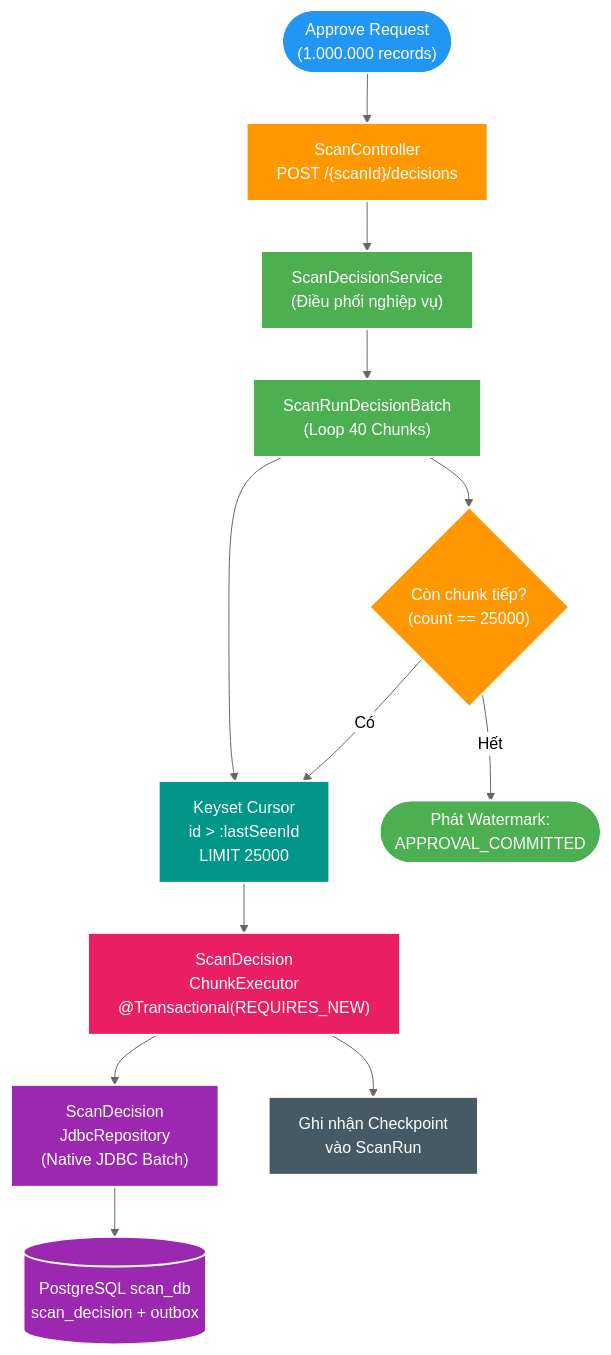
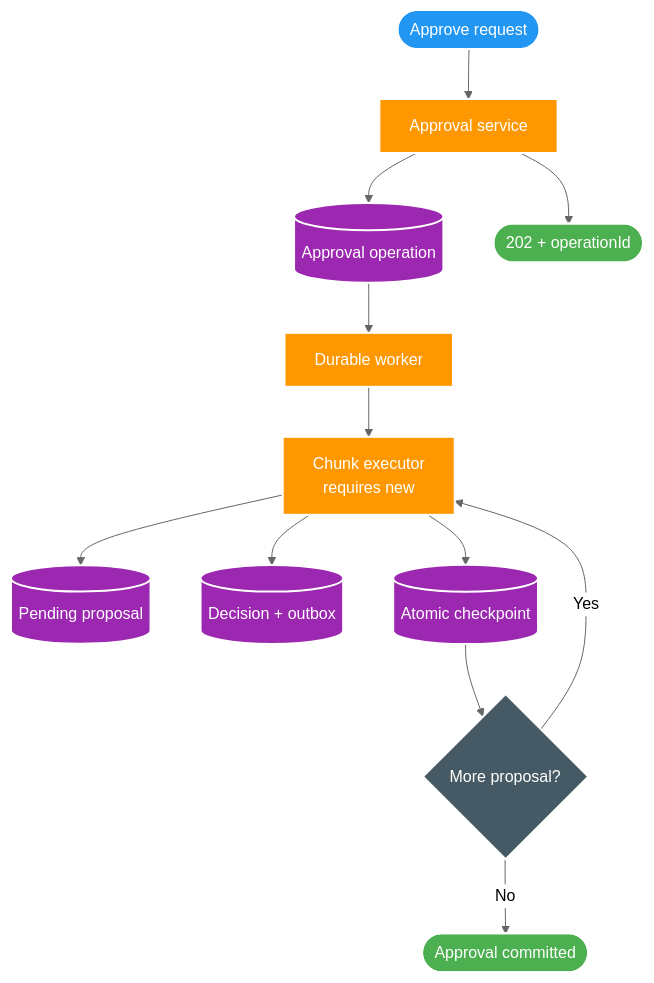
One commit to HungPhan200591/file-mngt-be-v2 changed the diagram in docs/features/045-scan-decision-chunking/02-design.md. Above: the diagram before and after it, drawn with Mermaid (neutral theme). The commit also changed other lines of this file and 2 other files, not shown here.

Commit message:
feat(scan): implement durable scan approval and decision chunking with JDBC batching

````diff
--- a/docs/features/045-scan-decision-chunking/02-design.md
+++ b/docs/features/045-scan-decision-chunking/02-design.md
@@ -13,35 +12,26 @@
 ```mermaid
-flowchart TD
-    REQ(["Approve Request<br/>(1.000.000 records)"]) 
-    --> CTRL["ScanController<br/>POST /{scanId}/decisions"]
-    
-    CTRL --> SVC["ScanDecisionService<br/>(Điều phối nghiệp vụ)"]
-    
-    SVC --> BATCH["ScanRunDecisionBatch<br/>(Loop 40 Chunks)"]
-    
-    BATCH --> CURSOR["Keyset Cursor<br/>id > :lastSeenId<br/>LIMIT 25000"]
-    
-    CURSOR --> EXEC["ScanDecision<br/>ChunkExecutor<br/>@Transactional(REQUIRES_NEW)"]
-    
-    EXEC --> JDBC["ScanDecision<br/>JdbcRepository<br/>(Native JDBC Batch)"]
-    
-    JDBC --> DB[("PostgreSQL scan_db<br/>scan_decision + outbox")]
-    
-    EXEC --> CHECKPOINT["Ghi nhận Checkpoint<br/>vào ScanRun"]
-    
-    BATCH --> NEXT{"Còn chunk tiếp?<br/>(count == 25000)"}
-    NEXT -->|Có| CURSOR
-    NEXT -->|Hết| WATERMARK(["Phát Watermark:<br/>APPROVAL_COMMITTED"])
+flowchart TB
+    REQ(["Approve request"]) --> API["Approval service"]
+    API --> OP[("Approval operation")]
+    API --> RESP(["202 + operationId"])
+    OP --> CLAIM["Durable worker"]
+    CLAIM --> CHUNK["Chunk executor<br/>requires new"]
+    CHUNK --> PROPOSAL[("Pending proposal")]
+    CHUNK --> DECISION[("Decision + outbox")]
+    CHUNK --> CHECK[("Atomic checkpoint")]
+    CHECK --> MORE{"More proposal?"}
+    MORE -->|"Yes"| CHUNK
+    MORE -->|"No"| DONE(["Approval committed"])
 
     style REQ fill:#2196F3,stroke:#fff,stroke-width:2px,color:#fff
-    style CTRL fill:#FF9800,stroke:#fff,stroke-width:2px,color:#fff
-    style SVC fill:#4CAF50,stroke:#fff,stroke-width:2px,color:#fff
-    style BATCH fill:#4CAF50,stroke:#fff,stroke-width:2px,color:#fff
-    style CURSOR fill:#009688,stroke:#fff,stroke-width:2px,color:#fff
-    style EXEC fill:#E91E63,stroke:#fff,stroke-width:2px,color:#fff
-    style JDBC fill:#9C27B0,stroke:#fff,stroke-width:2px,color:#fff
-    style DB fill:#9C27B0,stroke:#fff,stroke-width:2px,color:#fff
-    style CHECKPOINT fill:#455A64,stroke:#fff,stroke-width:2px,color:#fff
-    style NEXT fill:#FF9800,stroke:#fff,stroke-width:2px,color:#fff
-    style WATERMARK fill:#4CAF50,stroke:#fff,stroke-width:2px,color:#fff
+    style API fill:#FF9800,stroke:#fff,stroke-width:2px,color:#fff
+    style OP fill:#9C27B0,stroke:#fff,stroke-width:2px,color:#fff
+    style RESP fill:#4CAF50,stroke:#fff,stroke-width:2px,color:#fff
+    style CLAIM fill:#FF9800,stroke:#fff,stroke-width:2px,color:#fff
+    style CHUNK fill:#FF9800,stroke:#fff,stroke-width:2px,color:#fff
+    style PROPOSAL fill:#9C27B0,stroke:#fff,stroke-width:2px,color:#fff
+    style DECISION fill:#9C27B0,stroke:#fff,stroke-width:2px,color:#fff
+    style CHECK fill:#9C27B0,stroke:#fff,stroke-width:2px,color:#fff
+    style MORE fill:#455A64,stroke:#fff,stroke-width:2px,color:#fff
+    style DONE fill:#4CAF50,stroke:#fff,stroke-width:2px,color:#fff
 ```
````
